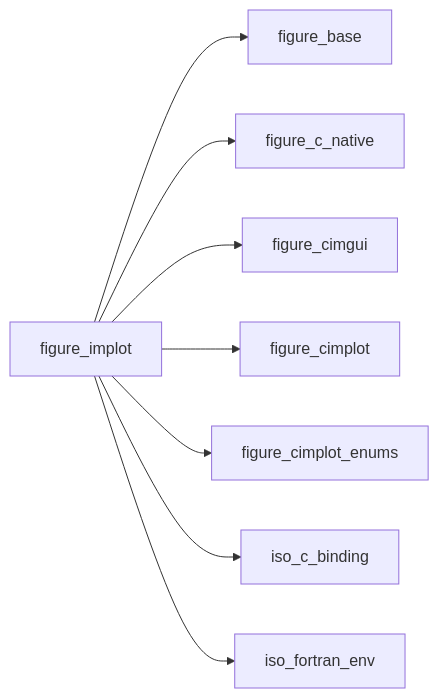
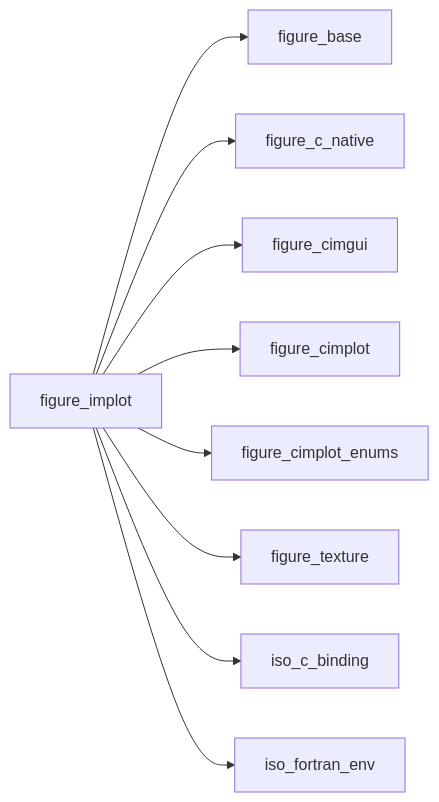
One commit to szaghi/figure changed the first of 32 diagrams in docs/api/src/lib/figure_implot.md. Above: the diagram before and after it, drawn with Mermaid. The commit also changed other lines of this file and 30 other files, not shown here.

````diff
--- a/docs/api/src/lib/figure_implot.md
+++ b/docs/api/src/lib/figure_implot.md
@@ -26,10 +26,11 @@
 ```mermaid
 graph LR
   figure_implot["figure_implot"] --> figure_base["figure_base"]
   figure_implot["figure_implot"] --> figure_c_native["figure_c_native"]
   figure_implot["figure_implot"] --> figure_cimgui["figure_cimgui"]
   figure_implot["figure_implot"] --> figure_cimplot["figure_cimplot"]
   figure_implot["figure_implot"] --> figure_cimplot_enums["figure_cimplot_enums"]
+  figure_implot["figure_implot"] --> figure_texture["figure_texture"]
   figure_implot["figure_implot"] --> iso_c_binding["iso_c_binding"]
   figure_implot["figure_implot"] --> iso_fortran_env["iso_fortran_env"]
 ```
````
